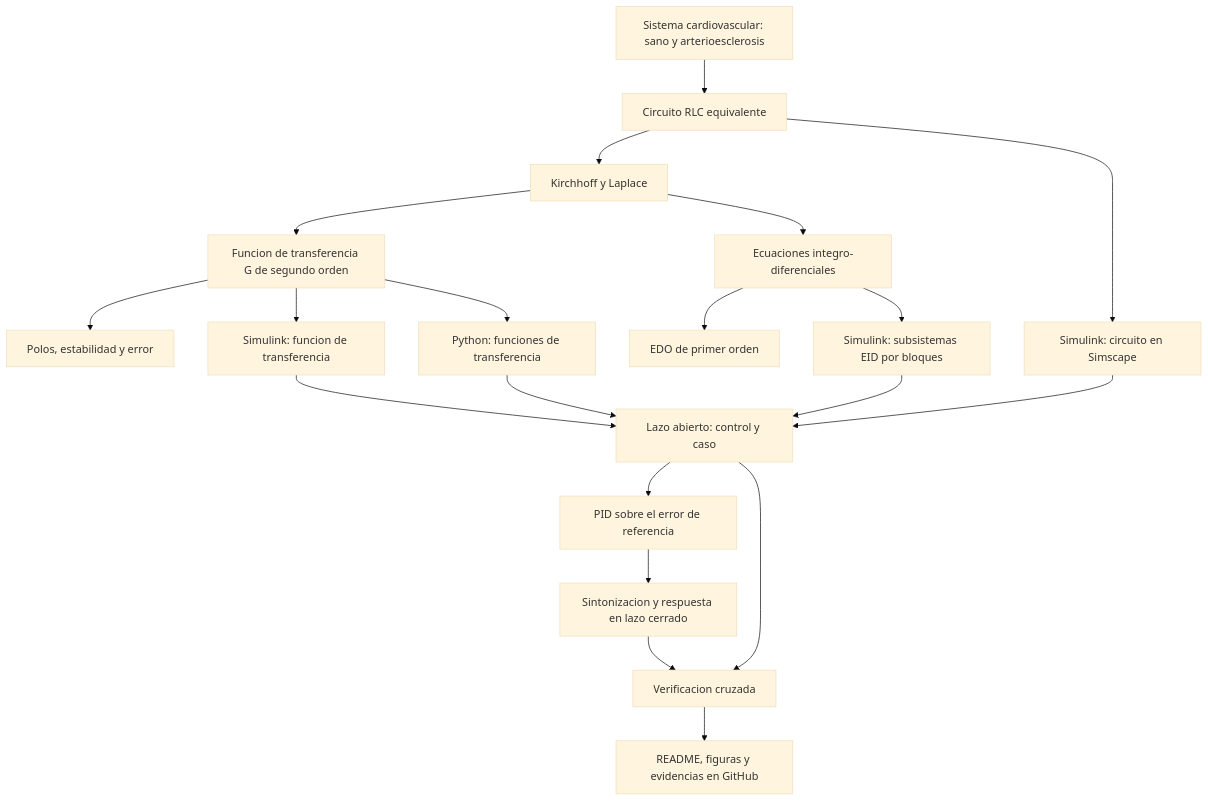
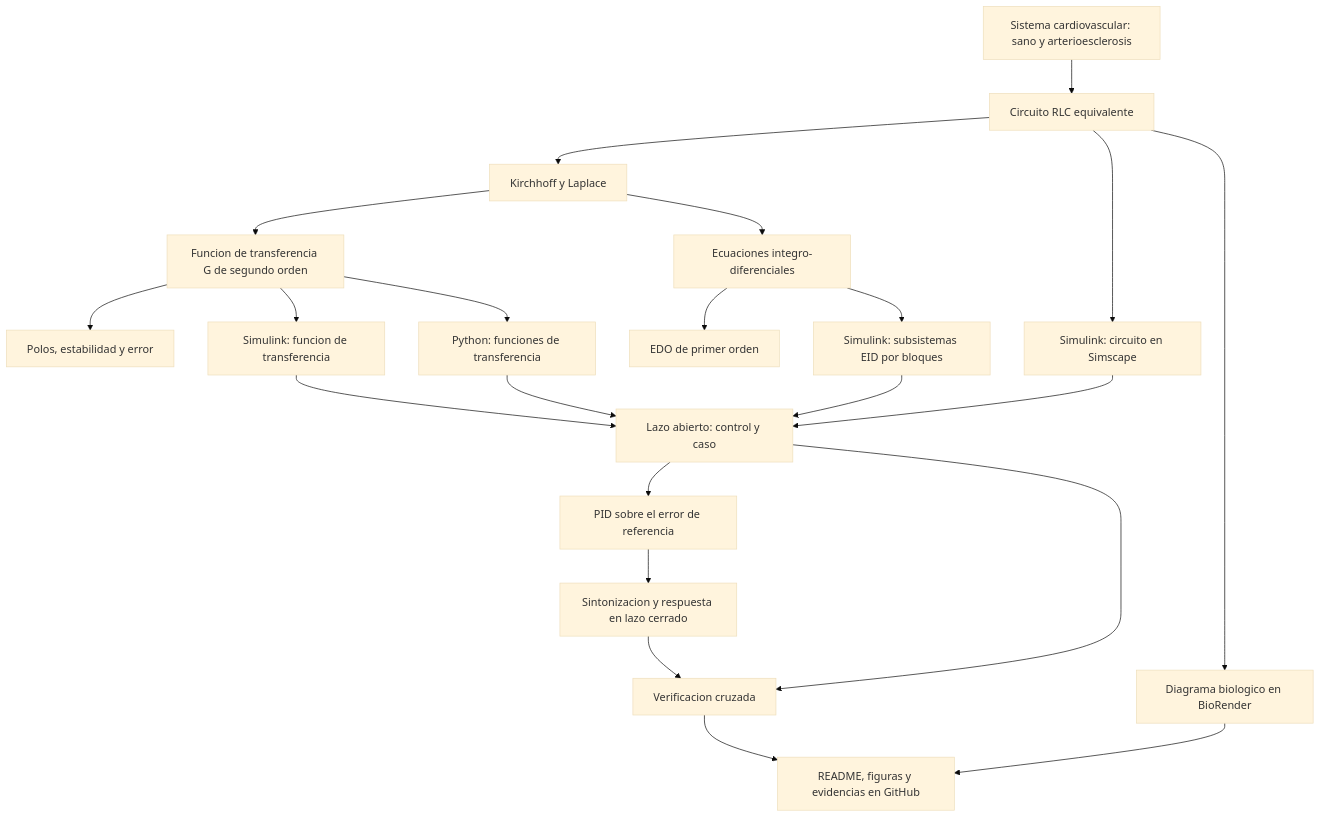
The diagram in README.md (Nefga/MSFPF), drawn with Mermaid (base theme) before and after one commit. The commit also changed other lines of this file, not shown here.

First line of the commit message:
Enhance README with biological diagram and details

````diff
--- a/README.md
+++ b/README.md
@@ -704,22 +713,24 @@
 ```mermaid
 flowchart TD
     A[Sistema cardiovascular: sano y arterioesclerosis] --> B[Circuito RLC equivalente]
     B --> C[Kirchhoff y Laplace]
     C --> D[Funcion de transferencia G de segundo orden]
     C --> E[Ecuaciones integro-diferenciales]
     E --> F[EDO de primer orden]
     D --> G[Polos, estabilidad y error]
     D --> H[Simulink: funcion de transferencia]
     B --> I[Simulink: circuito en Simscape]
     E --> J[Simulink: subsistemas EID por bloques]
     D --> K[Python: funciones de transferencia]
     H --> L[Lazo abierto: control y caso]
     I --> L
     J --> L
     K --> L
     L --> M[PID sobre el error de referencia]
     M --> N[Sintonizacion y respuesta en lazo cerrado]
     L --> O[Verificacion cruzada]
     N --> O
+    B --> Q[Diagrama biologico en BioRender]
     O --> P[README, figuras y evidencias en GitHub]
+    Q --> P
 ```
````
